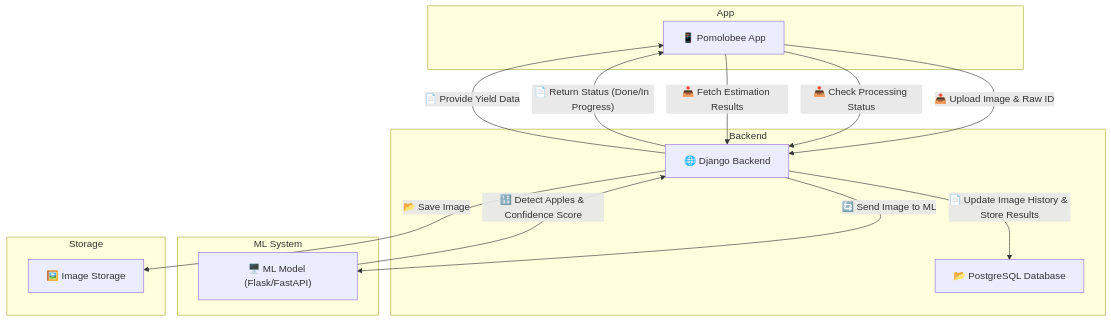
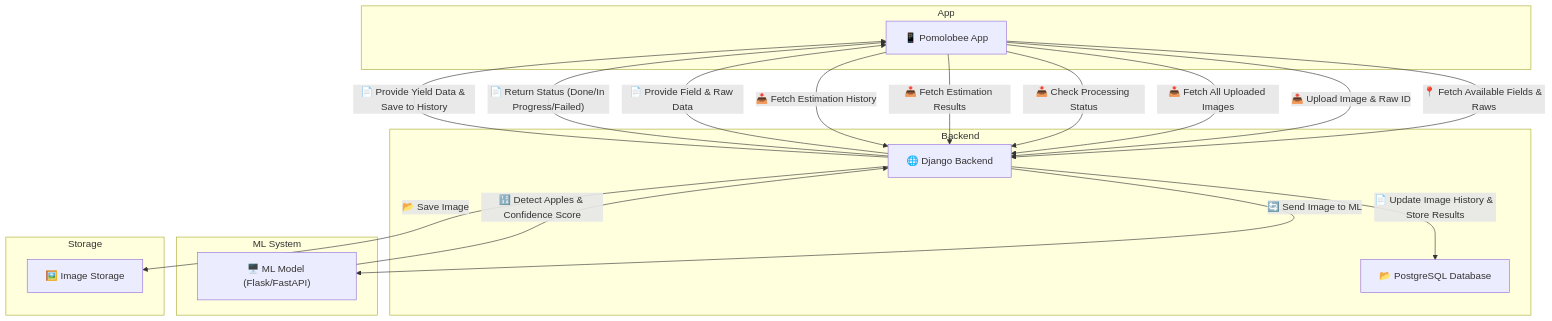
One commit to nathabee/PomoloBee changed the diagram in documentation/Workflow.md. Above: the diagram before and after it, drawn with Mermaid. The commit also changed other lines of this file and 3 other files, not shown here.

````diff
--- a/documentation/Workflow.md
+++ b/documentation/Workflow.md
@@ -29,29 +32,33 @@
 ```mermaid
 graph TD
   subgraph App
     MobileApp["📱 Pomolobee App"]
   end
 
   subgraph Backend
     DjangoServer["🌐 Django Backend"]
     Database["📂 PostgreSQL Database"]
   end
 
   subgraph ML System
     MLService["🖥️ ML Model (Flask/FastAPI)"]
   end
 
   subgraph Storage
     FileSystem["🖼️ Image Storage"]
   end
 
+  MobileApp -- "📍 Fetch Available Fields & Raws" --> DjangoServer
+  DjangoServer -- "📄 Provide Field & Raw Data" --> MobileApp
   MobileApp -- "📤 Upload Image & Raw ID" --> DjangoServer
   DjangoServer -- "📂 Save Image" --> FileSystem
   DjangoServer -- "🔄 Send Image to ML" --> MLService
   MLService -- "🔢 Detect Apples & Confidence Score" --> DjangoServer
   DjangoServer -- "📄 Update Image History & Store Results" --> Database
+  MobileApp -- "📥 Fetch All Uploaded Images" --> DjangoServer
   MobileApp -- "📥 Check Processing Status" --> DjangoServer
-  DjangoServer -- "📄 Return Status (Done/In Progress)" --> MobileApp
+  DjangoServer -- "📄 Return Status (Done/In Progress/Failed)" --> MobileApp
   MobileApp -- "📥 Fetch Estimation Results" --> DjangoServer
-  DjangoServer -- "📄 Provide Yield Data" --> MobileApp
+  DjangoServer -- "📄 Provide Yield Data & Save to History" --> MobileApp
+  MobileApp -- "📥 Fetch Estimation History" --> DjangoServer
 ```
````
